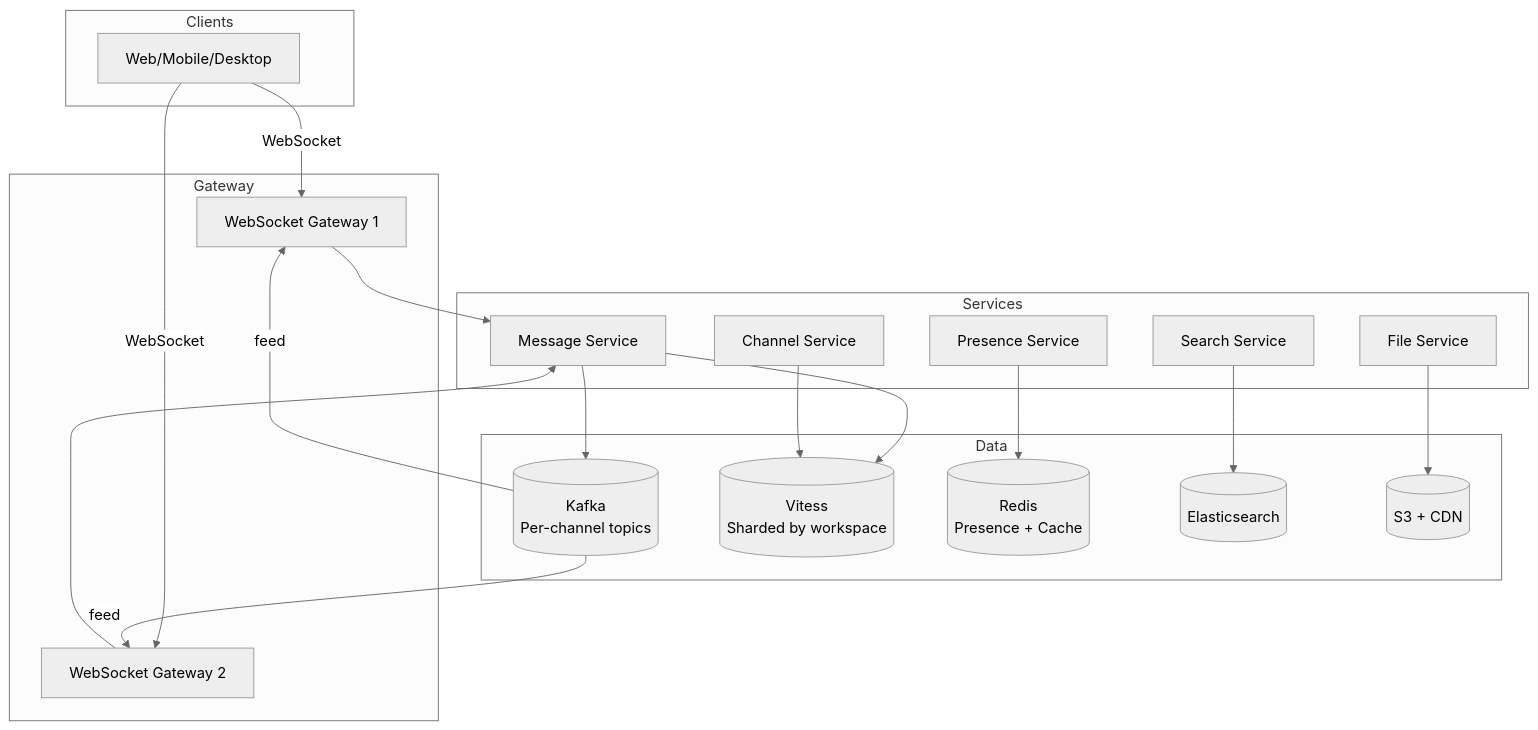
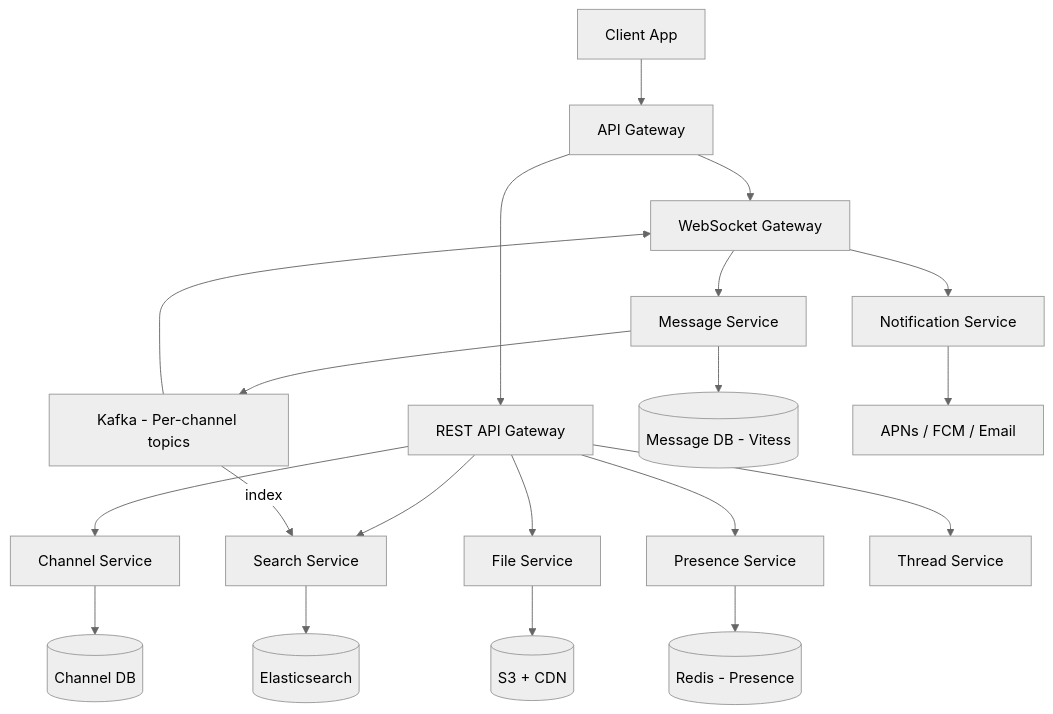
One commit to abhishekghoshh/system-design-helper changed the first of 16 diagrams in docs/system-design/high-level/designing/advanced/slack.md. Above: the diagram before and after it, drawn with Mermaid (neutral theme). The commit also changed other lines of this file and 107 other files, not shown here.

````diff
--- a/docs/system-design/high-level/designing/advanced/slack.md
+++ b/docs/system-design/high-level/designing/advanced/slack.md
@@ -330,36 +49,22 @@
 ```mermaid
 graph TD
-  subgraph Clients
-    Web[Web/Mobile/Desktop]
-  end
-  subgraph Gateway
-    GW1[WebSocket Gateway 1]
-    GW2[WebSocket Gateway 2]
-  end
-  subgraph Services
-    MsgSvc[Message Service]
-    ChanSvc[Channel Service]
-    PresSvc[Presence Service]
-    FileSvc[File Service]
-    SearchSvc[Search Service]
-  end
-  subgraph Data
-    Kafka[(Kafka<br/>Per-channel topics)]
-    DB[(Vitess<br/>Sharded by workspace)]
-    Redis[(Redis<br/>Presence + Cache)]
-    ES[(Elasticsearch)]
-    S3[(S3 + CDN)]
-  end
-  Web -->|WebSocket| GW1
-  Web -->|WebSocket| GW2
-  GW1 --> MsgSvc
-  GW2 --> MsgSvc
-  MsgSvc --> Kafka
-  MsgSvc --> DB
-  ChanSvc --> DB
-  PresSvc --> Redis
-  FileSvc --> S3
-  SearchSvc --> ES
-  Kafka -->|feed| GW1
-  Kafka -->|feed| GW2
+    Client[Client App] --> GW[API Gateway]
+    GW --> WS[WebSocket Gateway]
+    GW --> REST[REST API Gateway]
+    WS --> MsgSvc[Message Service]
+    REST --> ChanSvc[Channel Service]
+    REST --> FileSvc[File Service]
+    REST --> SearchSvc[Search Service]
+    REST --> PresSvc[Presence Service]
+    REST --> ThreadSvc[Thread Service]
+    WS --> NotifySvc[Notification Service]
+    MsgSvc --> Kafka[Kafka - Per-channel topics]
+    MsgSvc --> MsgDB[(Message DB - Vitess)]
+    ChanSvc --> ChanDB[(Channel DB)]
+    PresSvc --> Redis[(Redis - Presence)]
+    SearchSvc --> ES[(Elasticsearch)]
+    FileSvc --> S3[(S3 + CDN)]
+    NotifySvc --> Push[APNs / FCM / Email]
+    Kafka --> WS
+    Kafka -->|index| SearchSvc
 ```
````
